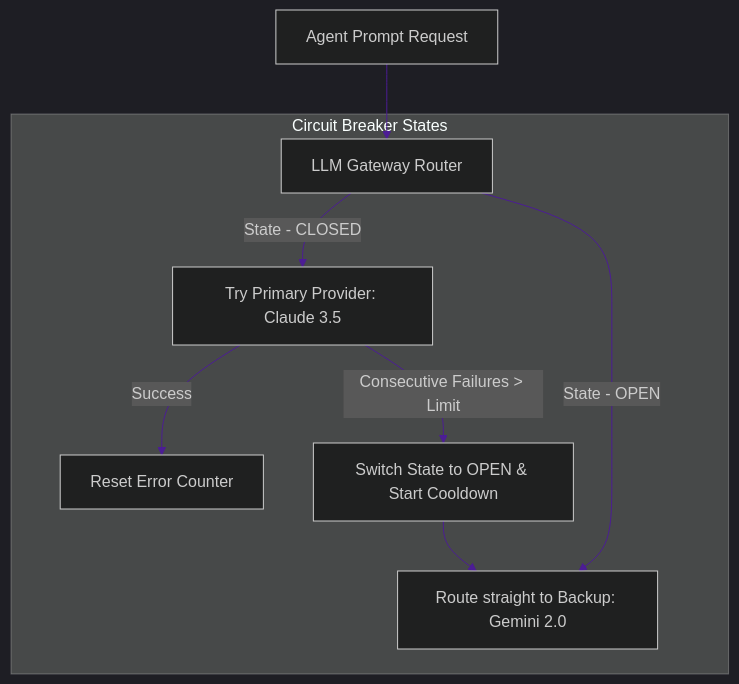
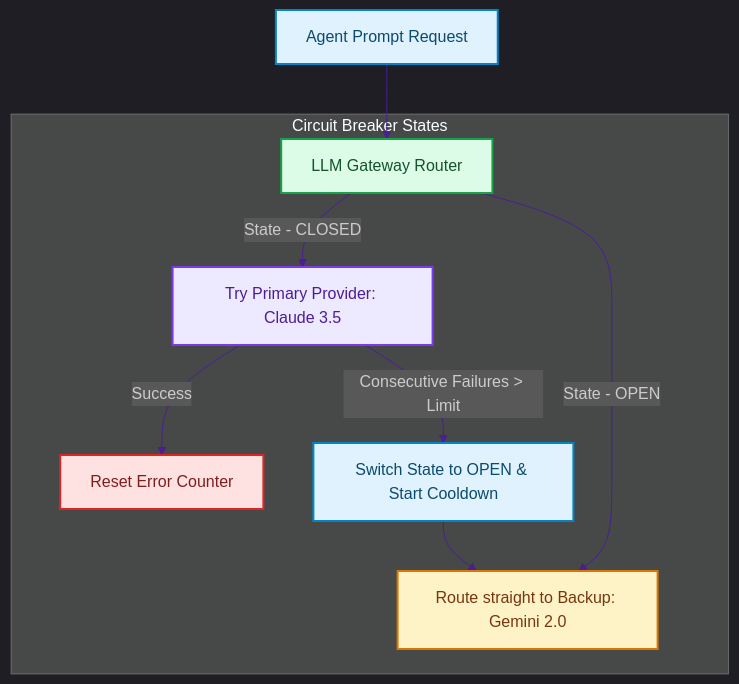
Before and after one commit to akmalkhaniub/akmalkhaniub.github.io: the diagram in blog/posts/system-design-llm-gateway-router-resilience.md, drawn with Mermaid. The commit also changed other lines of this file and 1291 other files, not shown here.

First line of the commit message:
feat(catalog): unique covers, scholarly references, and diagram palettes

````diff
--- a/blog/posts/system-design-llm-gateway-router-resilience.md
+++ b/blog/posts/system-design-llm-gateway-router-resilience.md
@@ -20,15 +20,26 @@
 ```mermaid
 %%{init: {'theme': 'dark', 'themeVariables': { 'primaryColor': '#4c1d95', 'primaryTextColor': '#f3f4f6', 'primaryBorderColor': '#8b5cf6', 'lineColor': '#4c1d95', 'secondaryColor': '#111827', 'tertiaryColor': '#0b0f19'}}}%%
 flowchart TD
-    Request[Agent Prompt Request] --> Gate[LLM Gateway Router]
+    Request["Agent Prompt Request"] --> Gate["LLM Gateway Router"]
     
     subgraph SG1_CircuitBreakerStates ["Circuit Breaker States"]
-        Gate -->|State - CLOSED| CallPrimary[Try Primary Provider: Claude 3.5]
-        Gate -->|State - OPEN| Failover[Route straight to Backup: Gemini 2.0]
+        Gate -->|State - CLOSED| CallPrimary["Try Primary Provider: Claude 3.5"]
+        Gate -->|State - OPEN| Failover["Route straight to Backup: Gemini 2.0"]
         
-        CallPrimary -->|Success| Reset[Reset Error Counter]
-        CallPrimary -->|Consecutive Failures > Limit| OpenBreaker[Switch State to OPEN & Start Cooldown]
+        CallPrimary -->|Success| Reset["Reset Error Counter"]
+        CallPrimary -->|Consecutive Failures > Limit| OpenBreaker["Switch State to OPEN & Start Cooldown"]
         
         OpenBreaker --> Failover
     end
+
+classDef green fill:#dcfce7,stroke:#16a34a,stroke-width:2px,color:#14532d;
+classDef red fill:#fee2e2,stroke:#dc2626,stroke-width:2px,color:#7f1d1d;
+classDef blue fill:#e0f2fe,stroke:#0284c7,stroke-width:2px,color:#0c4a6e;
+classDef yellow fill:#fef3c7,stroke:#d97706,stroke-width:2px,color:#78350f;
+classDef purple fill:#ede9fe,stroke:#7c3aed,stroke-width:2px,color:#4c1d95;
+class Request,OpenBreaker blue
+class Gate green
+class CallPrimary purple
+class Failover yellow
+class Reset red
 ```
````
